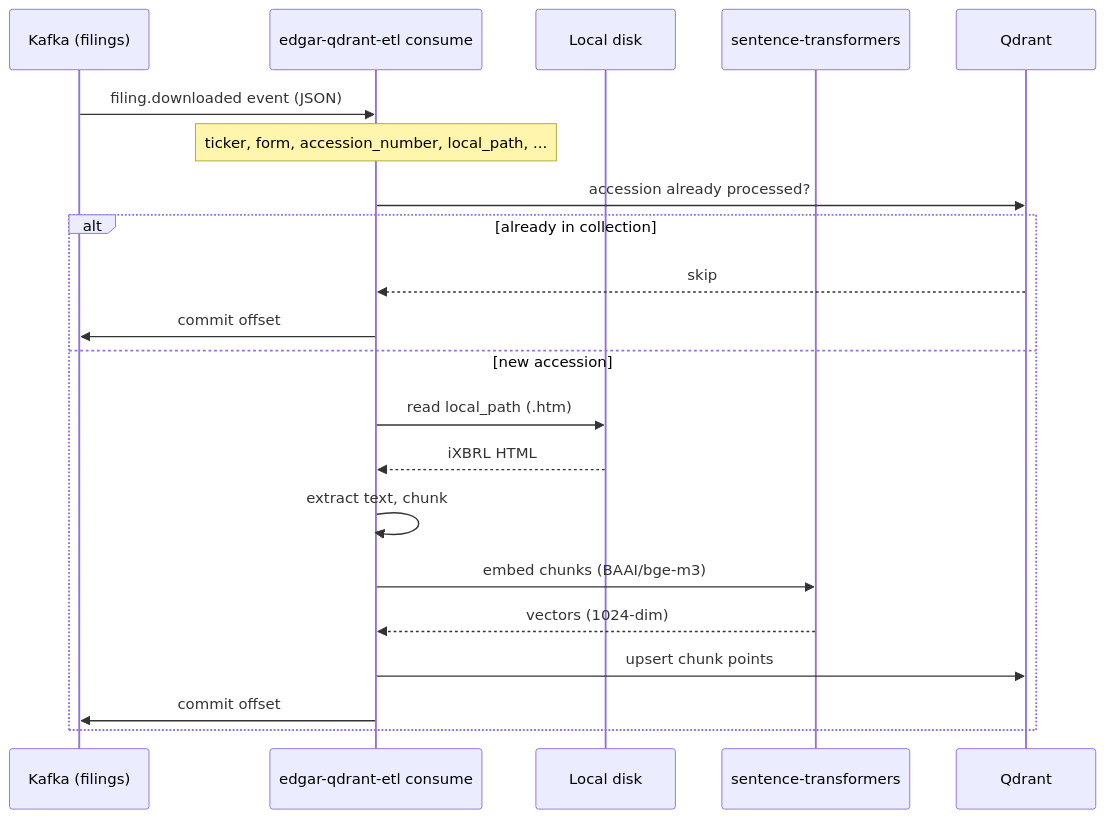
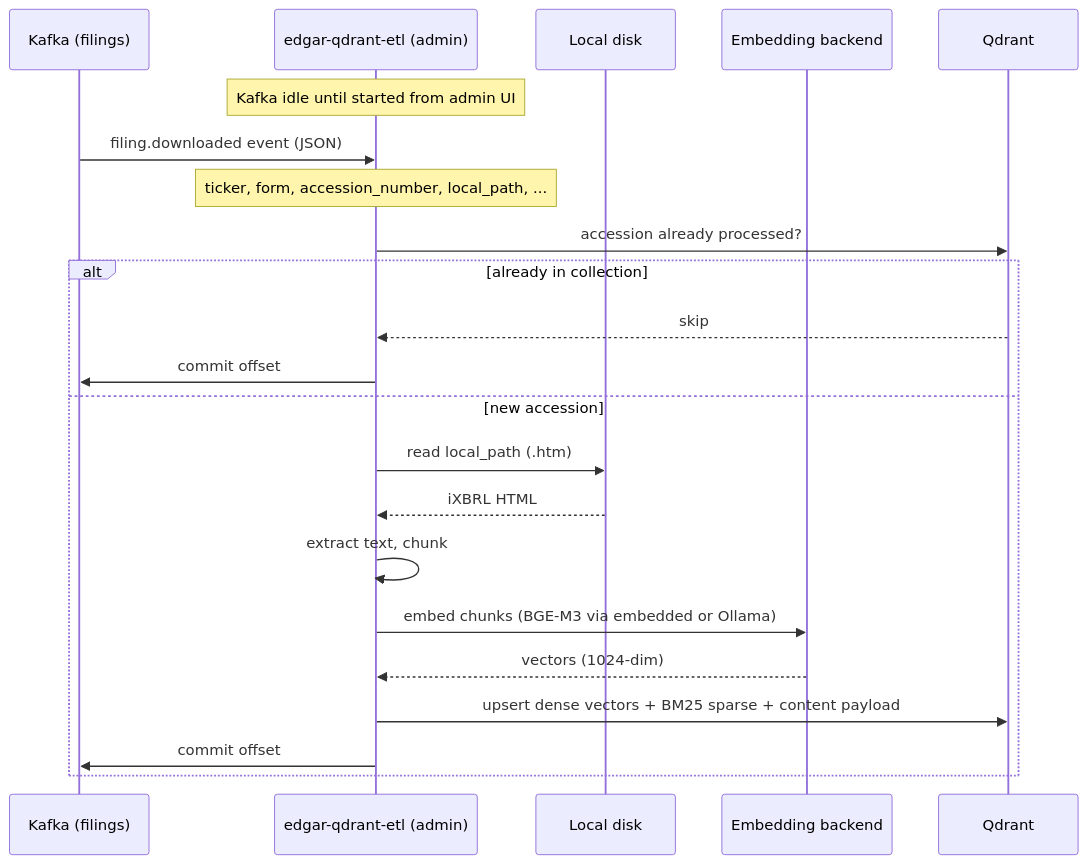
One commit to sanjuthomas/sec-edgar-filings-to-qdrant changed the second of 4 diagrams in README.md. Above: the diagram before and after it, drawn with Mermaid. The commit also changed other lines of this file and 24 other files, not shown here.

First line of the commit message:
Add admin UI, BM25 search, and LOCAL_DATA_ROOT Docker layout.

````diff
--- a/README.md
+++ b/README.md
@@ -52,25 +124,26 @@
 ```mermaid
 sequenceDiagram
     participant Kafka as Kafka (filings)
-    participant ETL as edgar-qdrant-etl consume
+    participant Admin as edgar-qdrant-etl (admin)
     participant Disk as Local disk
-    participant Model as sentence-transformers
+    participant Model as Embedding backend
     participant Qdrant as Qdrant
 
-    Kafka->>ETL: filing.downloaded event (JSON)
-    Note over ETL: ticker, form, accession_number, local_path, ...
+    Note over Admin: Kafka idle until started from admin UI
+    Kafka->>Admin: filing.downloaded event (JSON)
+    Note over Admin: ticker, form, accession_number, local_path, ...
 
-    ETL->>Qdrant: accession already processed?
+    Admin->>Qdrant: accession already processed?
     alt already in collection
-        Qdrant-->>ETL: skip
-        ETL->>Kafka: commit offset
+        Qdrant-->>Admin: skip
+        Admin->>Kafka: commit offset
     else new accession
-        ETL->>Disk: read local_path (.htm)
-        Disk-->>ETL: iXBRL HTML
-        ETL->>ETL: extract text, chunk
-        ETL->>Model: embed chunks (BAAI/bge-m3)
-        Model-->>ETL: vectors (1024-dim)
-        ETL->>Qdrant: upsert chunk points
-        ETL->>Kafka: commit offset
+        Admin->>Disk: read local_path (.htm)
+        Disk-->>Admin: iXBRL HTML
+        Admin->>Admin: extract text, chunk
+        Admin->>Model: embed chunks (BGE-M3 via embedded or Ollama)
+        Model-->>Admin: vectors (1024-dim)
+        Admin->>Qdrant: upsert dense vectors + BM25 sparse + content payload
+        Admin->>Kafka: commit offset
     end
 ```
````
